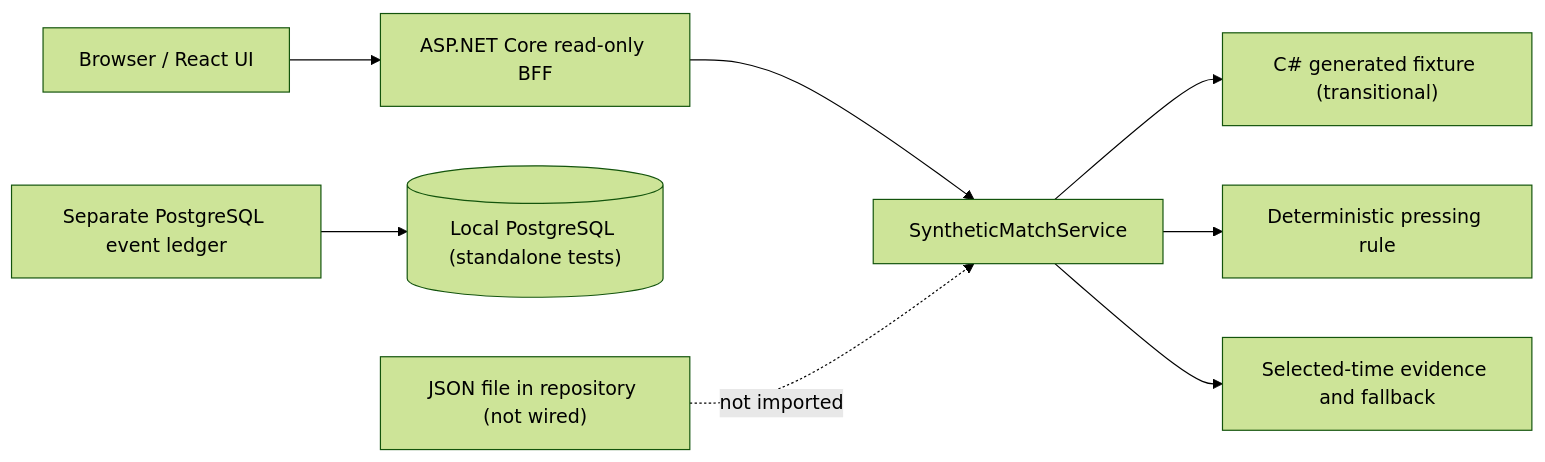
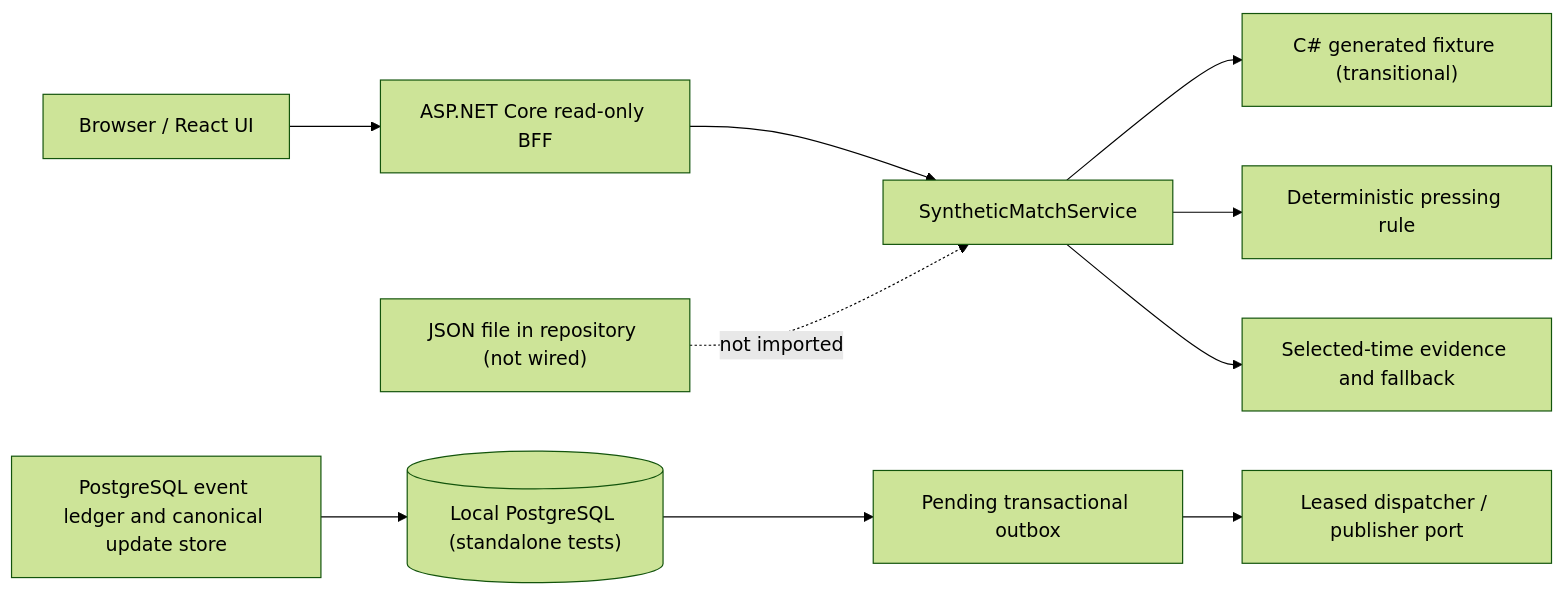
One commit to prateekgangopadhyay/PitchMind changed the first of 2 diagrams in docs/architecture/02-container.md. Above: the diagram before and after it, drawn with Mermaid (forest theme). The commit also changed other lines of this file and 11 other files, not shown here.

Commit message:
feat(EP04-S03): add transactional outbox recovery

````diff
--- a/docs/architecture/02-container.md
+++ b/docs/architecture/02-container.md
@@ -7,10 +7,11 @@
 ```mermaid
 flowchart LR
   U["Browser / React UI"] --> A["ASP.NET Core read-only BFF"]
   A --> S["SyntheticMatchService"]
   S --> G["C# generated fixture (transitional)"]
   S --> T["Deterministic pressing rule"]
   S --> E["Selected-time evidence and fallback"]
-  L["Separate PostgreSQL event ledger"] --> P[("Local PostgreSQL (standalone tests)")]
+  L["PostgreSQL event ledger and canonical update store"] --> P[("Local PostgreSQL (standalone tests)")]
+  P --> O["Pending transactional outbox"] --> D["Leased dispatcher / publisher port"]
   J["JSON file in repository (not wired)"] -. "not imported" .-> S
 ```
````
